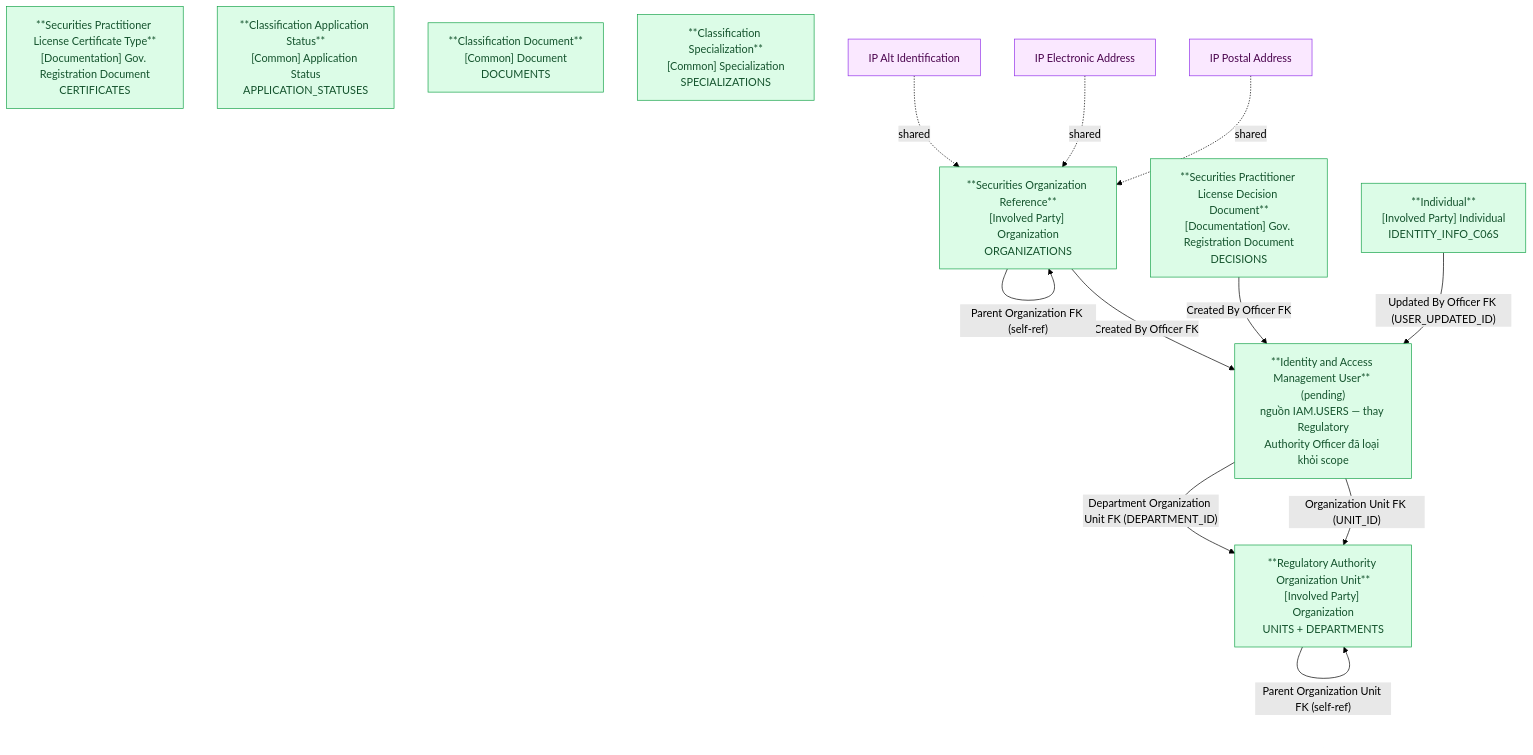
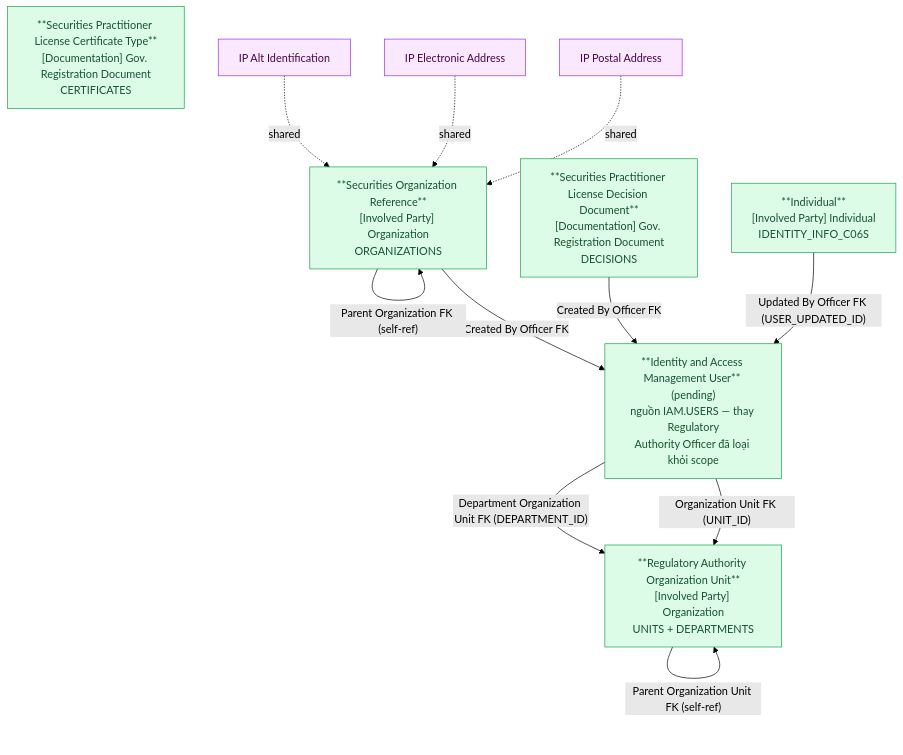
One commit to linhlvit/ubck_atomic_design changed the second of 2 diagrams in DataModel/working/Atomic/hld/NHNCK_HLD_Tier1.md. Above: the diagram before and after it, drawn with Mermaid (forest theme). The commit also changed other lines of this file and 101 other files, not shown here.

````diff
--- a/DataModel/working/Atomic/hld/NHNCK_HLD_Tier1.md
+++ b/DataModel/working/Atomic/hld/NHNCK_HLD_Tier1.md
@@ -60,29 +57,26 @@
 ```mermaid
 graph TD
     classDef atomic fill:#dcfce7,stroke:#16a34a,color:#14532d
     classDef shared fill:#fae8ff,stroke:#9333ea,color:#4a044e
 
     ORGUNIT["**Regulatory Authority Organization Unit**\n[Involved Party] Organization\nUNITS + DEPARTMENTS"]:::atomic
     SECORG["**Securities Organization Reference**\n[Involved Party] Organization\nORGANIZATIONS"]:::atomic
     DECISION["**Securities Practitioner License Decision Document**\n[Documentation] Gov. Registration Document\nDECISIONS"]:::atomic
     OFFICER["**Identity and Access Management User** (pending)\nnguồn IAM.USERS — thay Regulatory\nAuthority Officer đã loại khỏi scope"]:::atomic
     CERTTYPE["**Securities Practitioner License Certificate Type**\n[Documentation] Gov. Registration Document\nCERTIFICATES"]:::atomic
-    APPSTATUS["**Classification Application Status**\n[Common] Application Status\nAPPLICATION_STATUSES"]:::atomic
-    CLSDOC["**Classification Document**\n[Common] Document\nDOCUMENTS"]:::atomic
-    CLSSPEC["**Classification Specialization**\n[Common] Specialization\nSPECIALIZATIONS"]:::atomic
     INDIVIDUAL["**Individual**\n[Involved Party] Individual\nIDENTITY_INFO_C06S"]:::atomic
     ADDR["IP Postal Address"]:::shared
     EADDR["IP Electronic Address"]:::shared
     ALTID["IP Alt Identification"]:::shared
 
     ORGUNIT -->|"Parent Organization Unit FK (self-ref)"| ORGUNIT
     OFFICER -->|"Organization Unit FK (UNIT_ID)"| ORGUNIT
     OFFICER -->|"Department Organization Unit FK (DEPARTMENT_ID)"| ORGUNIT
     DECISION -->|"Created By Officer FK"| OFFICER
     SECORG -->|"Created By Officer FK"| OFFICER
     SECORG -->|"Parent Organization FK (self-ref)"| SECORG
     ADDR -.->|"shared"| SECORG
     EADDR -.->|"shared"| SECORG
     ALTID -.->|"shared"| SECORG
     INDIVIDUAL -->|"Updated By Officer FK (USER_UPDATED_ID)"| OFFICER
 ```
````
